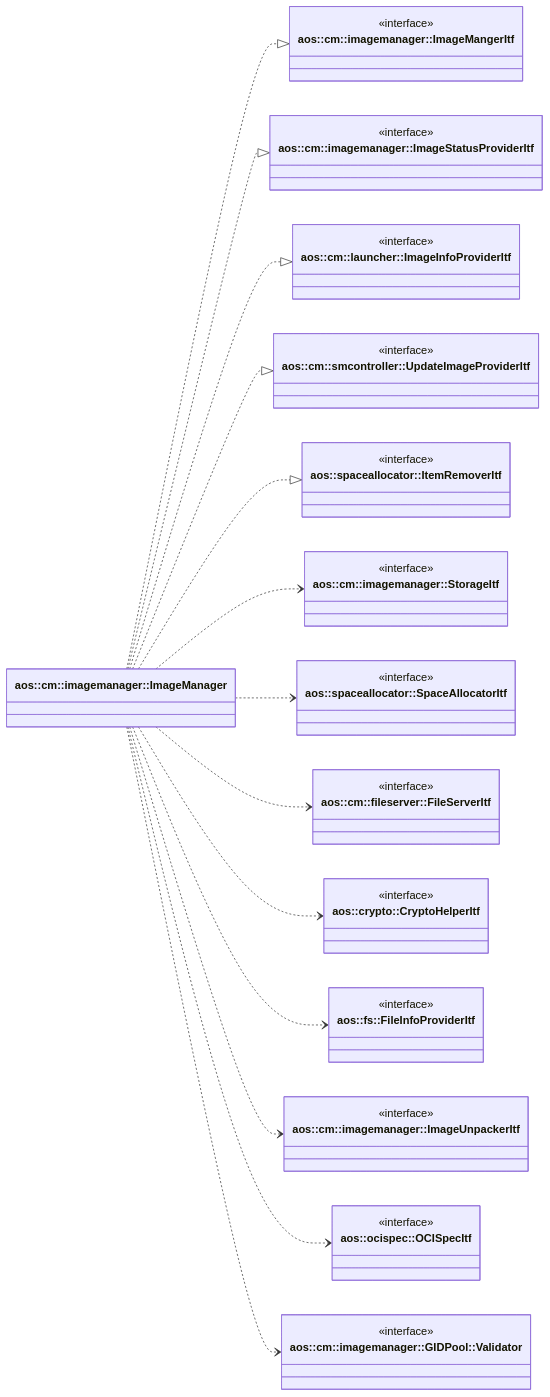
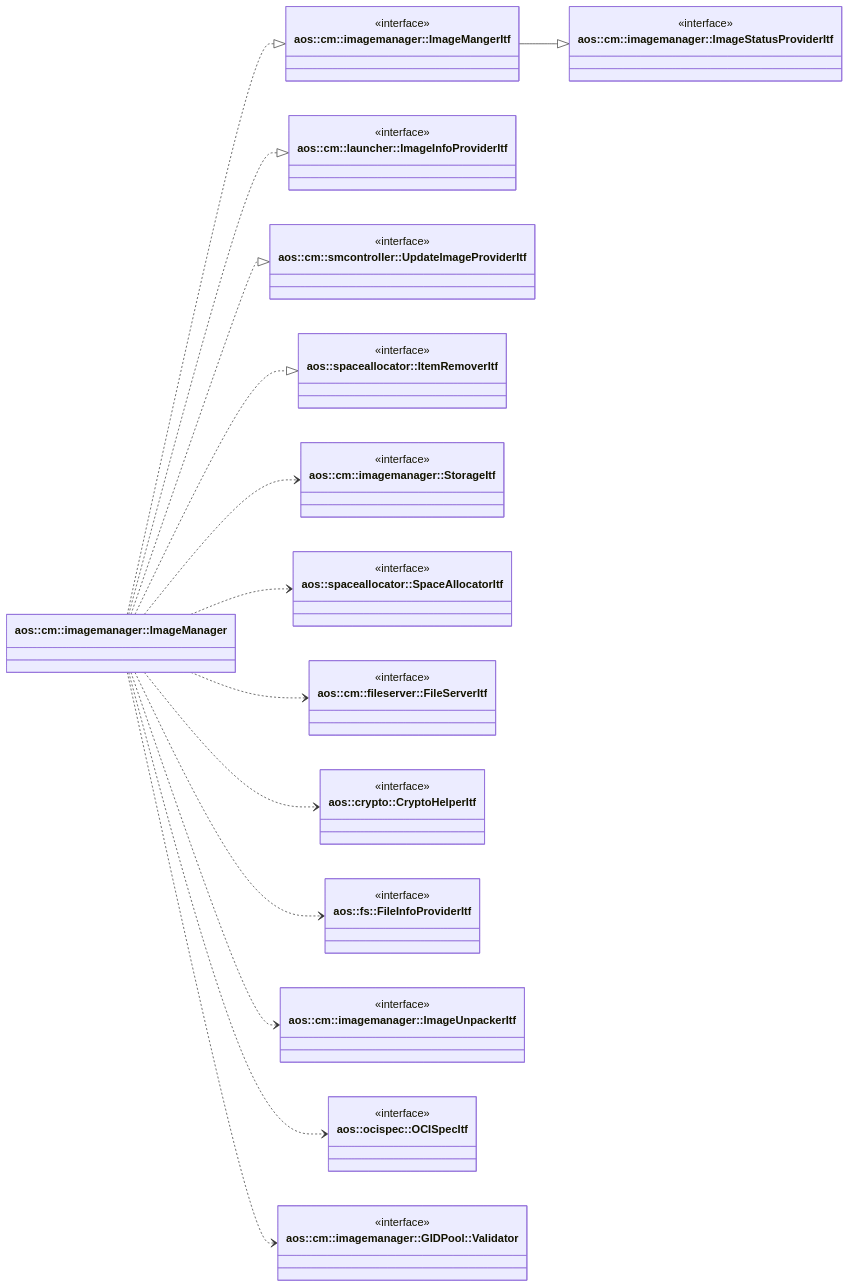
The diagram in src/core/cm/imagemanager/imagemanager.md (aosedge/aos_core_lib_cpp), drawn with Mermaid before and after one commit. The commit also changed 2 other files, not shown here.

Commit message:
cm: imagemanager: make ImageManagerItf inherits ImageStatusProviderItf
ImageManagerItf can't be used separate of ImageStatusProviderItf. Make
ImageStatusProviderItf public parent of ImageManagerItf.

````diff
--- a/src/core/cm/imagemanager/imagemanager.md
+++ b/src/core/cm/imagemanager/imagemanager.md
@@ -26,74 +26,75 @@
 ```mermaid
 classDiagram
     direction LR
 
     class ImageManager ["aos::cm::imagemanager::ImageManager"] {
     }
 
     class ImageManagerItf ["aos::cm::imagemanager::ImageMangerItf"] {
         <<interface>>
     }
 
     class ImageStatusProviderItf ["aos::cm::imagemanager::ImageStatusProviderItf"] {
         <<interface>>
     }
 
     class ImageInfoProviderItf ["aos::cm::launcher::ImageInfoProviderItf"] {
         <<interface>>
     }
 
     class UpdateImageProviderItf ["aos::cm::smcontroller::UpdateImageProviderItf"] {
         <<interface>>
     }
 
     class ItemRemoverItf ["aos::spaceallocator::ItemRemoverItf"] {
         <<interface>>
     }
 
     class StorageItf ["aos::cm::imagemanager::StorageItf"] {
         <<interface>>
     }
 
     class SpaceAllocatorItf ["aos::spaceallocator::SpaceAllocatorItf"] {
         <<interface>>
     }
 
     class FileServerItf ["aos::cm::fileserver::FileServerItf"] {
         <<interface>>
     }
 
     class CryptoHelperItf ["aos::crypto::CryptoHelperItf"] {
         <<interface>>
     }
 
     class FileInfoProviderItf ["aos::fs::FileInfoProviderItf"] {
         <<interface>>
     }
 
     class ImageUnpackerItf ["aos::cm::imagemanager::ImageUnpackerItf"] {
         <<interface>>
     }
 
     class OCISpecItf ["aos::ocispec::OCISpecItf"] {
         <<interface>>
     }
 
     class GIDPoolValidator ["aos::cm::imagemanager::GIDPool::Validator"] {
         <<interface>>
     }
 
+    ImageManagerItf --|> ImageStatusProviderItf
+
     ImageManager ..|> ImageManagerItf
-    ImageManager ..|> ImageStatusProviderItf
     ImageManager ..|> ImageInfoProviderItf
     ImageManager ..|> UpdateImageProviderItf
     ImageManager ..|> ItemRemoverItf
 
     ImageManager ..> StorageItf
     ImageManager ..> SpaceAllocatorItf
     ImageManager ..> FileServerItf
     ImageManager ..> CryptoHelperItf
     ImageManager ..> FileInfoProviderItf
     ImageManager ..> ImageUnpackerItf
     ImageManager ..> OCISpecItf
     ImageManager ..> GIDPoolValidator
 ```
````
